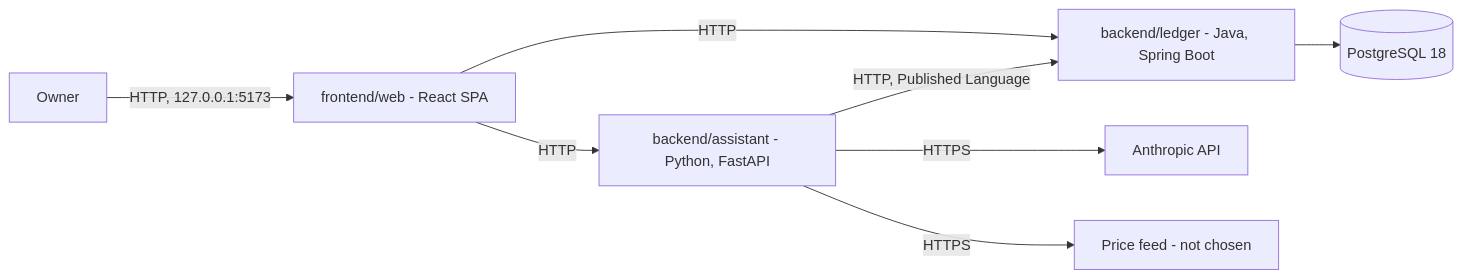
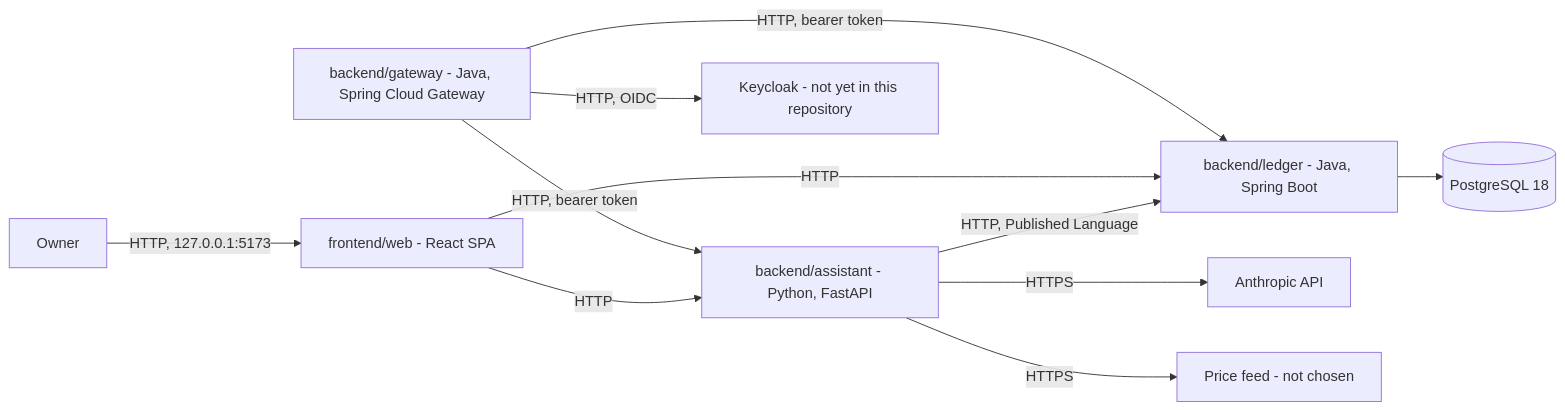
One commit to NaimElijah/FinAssist changed the diagram in docs/architecture/architecture.md. Above: the diagram before and after it, drawn with Mermaid. The commit also changed other lines of this file and 8 other files, not shown here.

````diff
--- a/docs/architecture/architecture.md
+++ b/docs/architecture/architecture.md
@@ -53,10 +53,13 @@
 ```mermaid
 flowchart LR
     Owner[Owner] -->|"HTTP, 127.0.0.1:5173"| Web[frontend/web - React SPA]
     Web -->|HTTP| Assistant[backend/assistant - Python, FastAPI]
     Assistant -->|HTTP, Published Language| Ledger[backend/ledger - Java, Spring Boot]
     Web -->|HTTP| Ledger
     Assistant -->|HTTPS| Claude[Anthropic API]
     Assistant -->|HTTPS| Feed[Price feed - not chosen]
     Ledger --> DB[(PostgreSQL 18)]
+    Gateway[backend/gateway - Java, Spring Cloud Gateway] -->|HTTP, bearer token| Ledger
+    Gateway -->|HTTP, bearer token| Assistant
+    Gateway -->|HTTP, OIDC| Keycloak[Keycloak - not yet in this repository]
 ```
````
